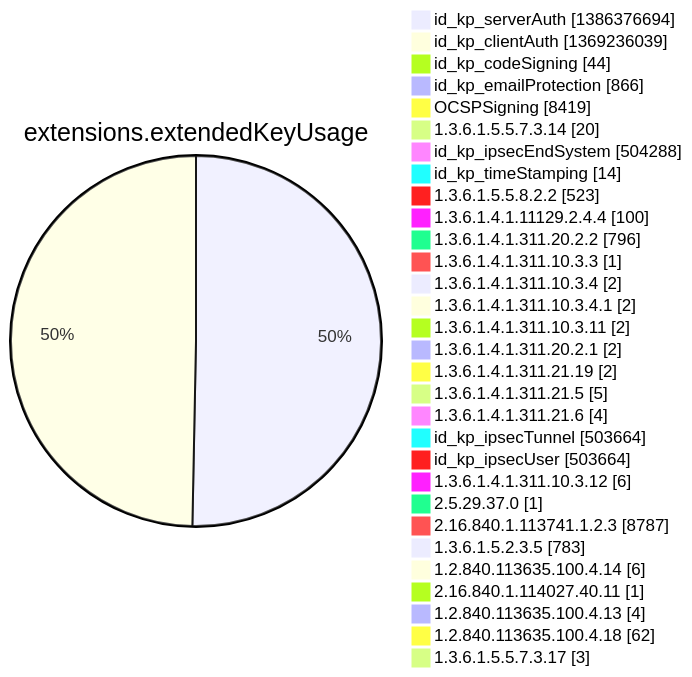
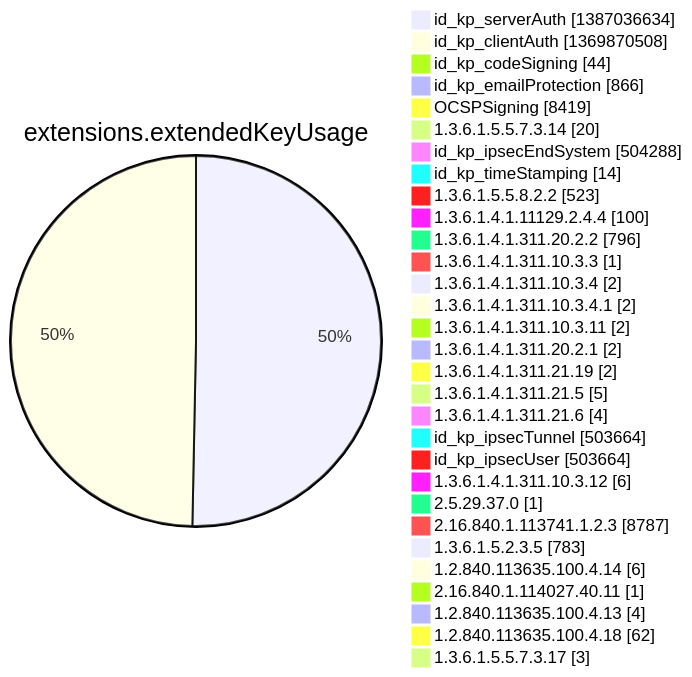
One commit to christiankrug/ctmonitor_visualization changed diagram 12 of 15 in argon2022/README.md. Above: the diagram before and after it, drawn with Mermaid. The commit also changed other lines of this file, not shown here.

````diff
--- a/argon2022/README.md
+++ b/argon2022/README.md
@@ -3554,34 +3554,34 @@
 ```mermaid
 pie showData
 title extensions.extendedKeyUsage
-"id_kp_serverAuth" :1386376694
-"id_kp_clientAuth" :1369236039
+"id_kp_serverAuth" :1387036634
+"id_kp_clientAuth" :1369870508
 "id_kp_codeSigning" :44
 "id_kp_emailProtection" :866
 "OCSPSigning" :8419
 "1.3.6.1.5.5.7.3.14" :20
 "id_kp_ipsecEndSystem" :504288
 "id_kp_timeStamping" :14
 "1.3.6.1.5.5.8.2.2" :523
 "1.3.6.1.4.1.11129.2.4.4" :100
 "1.3.6.1.4.1.311.20.2.2" :796
 "1.3.6.1.4.1.311.10.3.3" :1
 "1.3.6.1.4.1.311.10.3.4" :2
 "1.3.6.1.4.1.311.10.3.4.1" :2
 "1.3.6.1.4.1.311.10.3.11" :2
 "1.3.6.1.4.1.311.20.2.1" :2
 "1.3.6.1.4.1.311.21.19" :2
 "1.3.6.1.4.1.311.21.5" :5
 "1.3.6.1.4.1.311.21.6" :4
 "id_kp_ipsecTunnel" :503664
 "id_kp_ipsecUser" :503664
 "1.3.6.1.4.1.311.10.3.12" :6
 "2.5.29.37.0" :1
 "2.16.840.1.113741.1.2.3" :8787
 "1.3.6.1.5.2.3.5" :783
 "1.2.840.113635.100.4.14" :6
 "2.16.840.1.114027.40.11" :1
 "1.2.840.113635.100.4.13" :4
 "1.2.840.113635.100.4.18" :62
 "1.3.6.1.5.5.7.3.17" :3
 ```
````
